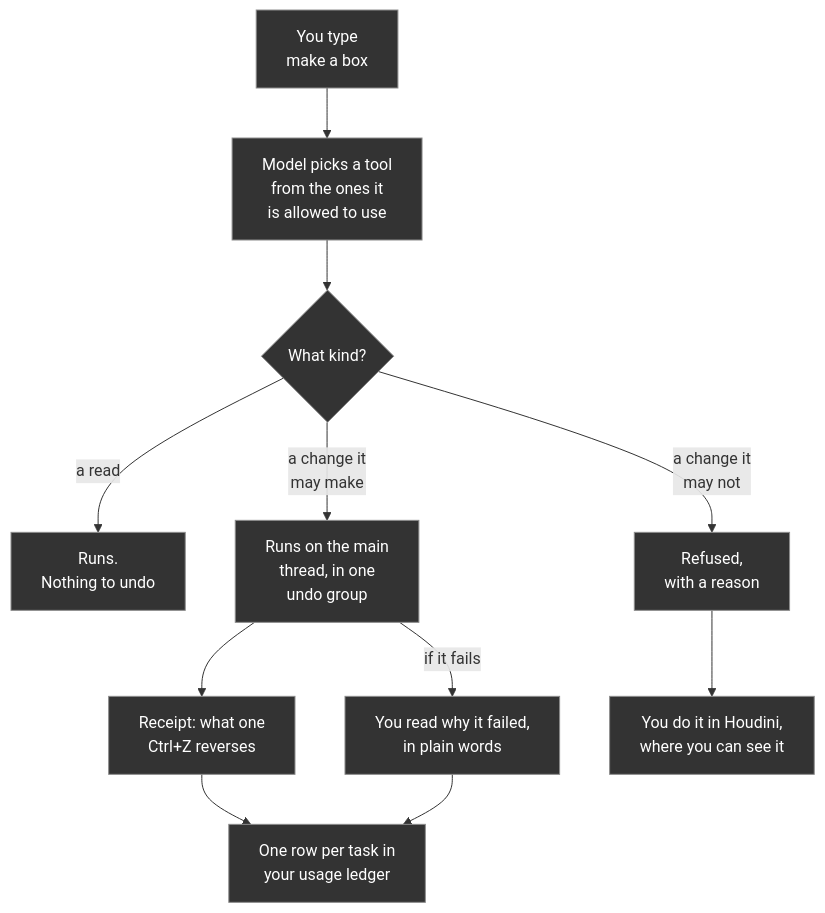
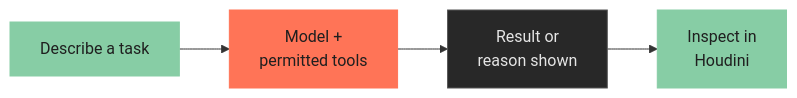
The diagram in README.md (JosephOIbrahim/Synapse), drawn with Mermaid before and after one commit. The commit also changed other lines of this file and 4 other files, not shown here.

Commit message:
docs: simplify README and refresh workflow diagrams

````diff
--- a/README.md
+++ b/README.md
@@ -55,15 +38,13 @@
 ```mermaid
-flowchart TD
-    A["You type<br/>make a box"] --> B["Model picks a tool<br/>from the ones it<br/>is allowed to use"]
-    B --> C{"What kind?"}
-    C -->|"a read"| R["Runs.<br/>Nothing to undo"]
-    C -->|"a change it<br/>may make"| D["Runs on the main<br/>thread, in one<br/>undo group"]
-    C -->|"a change it<br/>may not"| X["Refused,<br/>with a reason"]
-    D --> G["Receipt: what one<br/>Ctrl+Z reverses"]
-    D -->|"if it fails"| F["You read why it failed,<br/>in plain words"]
-    X --> P["You do it in Houdini,<br/>where you can see it"]
-    G --> L["One row per task in<br/>your usage ledger"]
-    F --> L
-    classDef dark fill:#333333,stroke:#8C8C8C,stroke-width:1px,color:#FFFFFF
-    class A,B,C,R,D,X,G,F,P,L dark
+flowchart LR
+    accTitle: From a prompt to an inspected result
+    accDescr: You describe a task. Your selected model uses permitted tools. SYNAPSE shows the result or a reason it could not run. You inspect the scene.
+    U["Describe a task"] --> M["Model +<br/>permitted tools"]
+    M --> R["Result or<br/>reason shown"]
+    R --> I["Inspect in<br/>Houdini"]
+    classDef default fill:#282828,stroke:#555555,color:#E5E5E5
+    classDef artist fill:#87CDA5,stroke:#87CDA5,color:#1F1F1F
+    classDef synapse fill:#FF7457,stroke:#FF7457,color:#1F1F1F
+    class U,I artist
+    class M synapse
 ```
````
